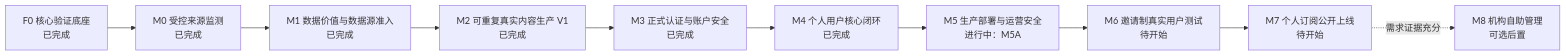
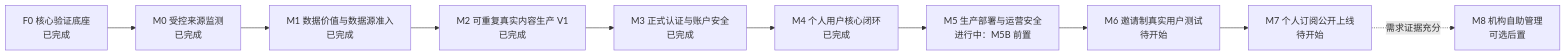
Before and after one commit to daiphoon/dealflow-radar: the diagram in docs/10-implementation-plan.md, drawn with Mermaid. The commit also changed other lines of this file and 18 other files, not shown here.

````diff
--- a/docs/10-implementation-plan.md
+++ b/docs/10-implementation-plan.md
@@ -23,12 +23,12 @@
 ```mermaid
 flowchart LR
     F0["F0 核心验证底座<br/>已完成"] --> M0["M0 受控来源监测<br/>已完成"]
     M0 --> M1["M1 数据价值与数据源准入<br/>已完成"]
     M1 --> M2["M2 可重复真实内容生产 V1<br/>已完成"]
     M2 --> M3["M3 正式认证与账户安全<br/>已完成"]
     M3 --> M4["M4 个人用户核心闭环<br/>已完成"]
-    M4 --> M5["M5 生产部署与运营安全<br/>进行中：M5A"]
+    M4 --> M5["M5 生产部署与运营安全<br/>进行中：M5B 前置"]
     M5 --> M6["M6 邀请制真实用户测试<br/>待开始"]
     M6 --> M7["M7 个人订阅公开上线<br/>待开始"]
     M7 -."需求证据充分".-> M8["M8 机构自助管理<br/>可选后置"]
 ```
````
